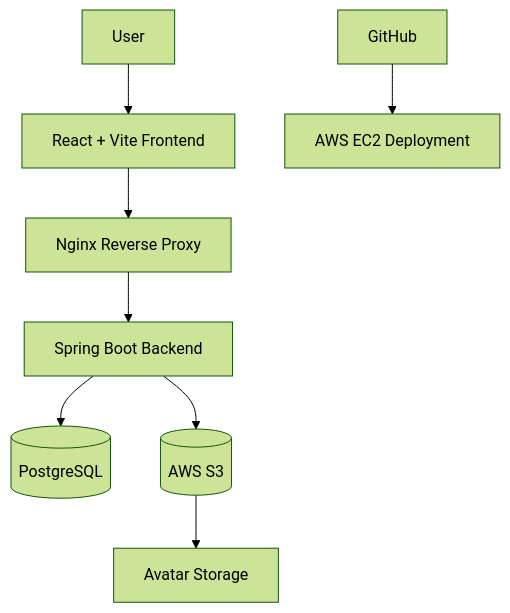
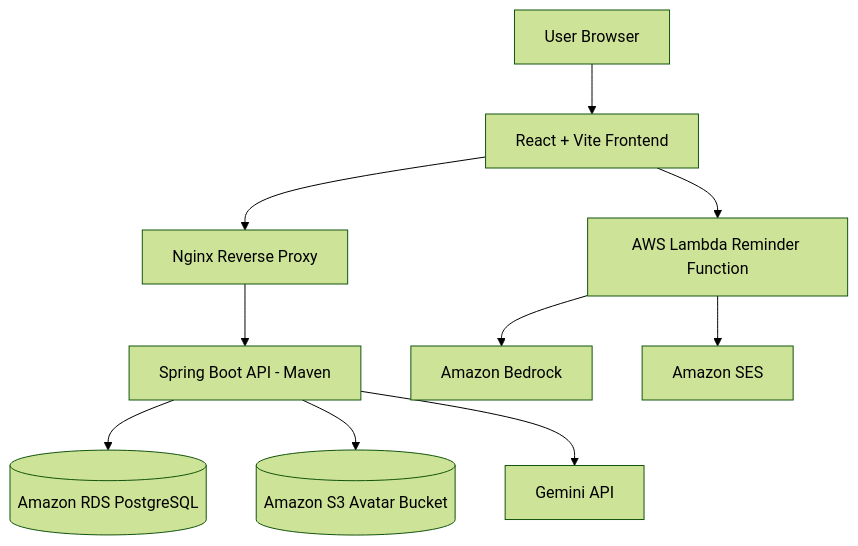
One commit to shihyujhen/gradflow changed the second of 6 diagrams in README.md. Above: the diagram before and after it, drawn with Mermaid (forest theme). The commit also changed other lines of this file and 1 other file, not shown here.

````diff
--- a/README.md
+++ b/README.md
@@ -54,17 +73,23 @@
 ```mermaid
-graph TD
+flowchart TD
+    User[User Browser]
+    Frontend[React + Vite Frontend]
+    Nginx[Nginx Reverse Proxy]
+    Backend[Spring Boot API - Maven]
+    RDS[(Amazon RDS PostgreSQL)]
+    S3[(Amazon S3 Avatar Bucket)]
+    Gemini[Gemini API]
+    Lambda[AWS Lambda Reminder Function]
+    Bedrock[Amazon Bedrock]
+    SES[Amazon SES]
 
-User --> Frontend[React + Vite Frontend]
-
-Frontend --> Nginx[Nginx Reverse Proxy]
-
-Nginx --> Backend[Spring Boot Backend]
-
-Backend --> PostgreSQL[(PostgreSQL)]
-
-Backend --> S3[(AWS S3)]
-
-S3 --> Avatar[Avatar Storage]
-
-GitHub --> EC2[AWS EC2 Deployment]
+    User --> Frontend
+    Frontend --> Nginx
+    Nginx --> Backend
+    Backend --> RDS
+    Backend --> S3
+    Backend --> Gemini
+    Frontend --> Lambda
+    Lambda --> Bedrock
+    Lambda --> SES
 ```
````
